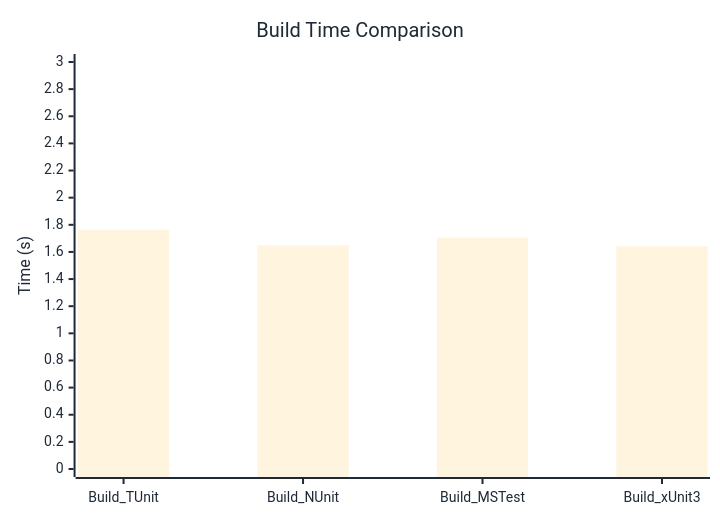
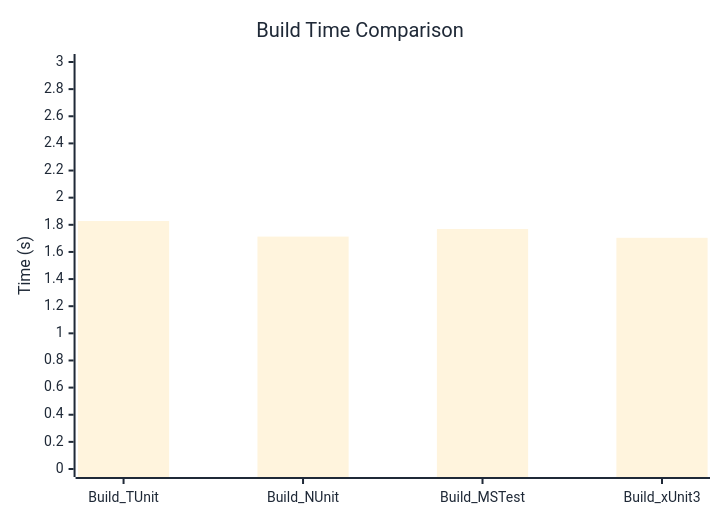
Before and after one commit to thomhurst/TUnit: the diagram in docs/docs/benchmarks/BuildTime.md, drawn with Mermaid. The commit also changed other lines of this file and 16 other files, not shown here.

````diff
--- a/docs/docs/benchmarks/BuildTime.md
+++ b/docs/docs/benchmarks/BuildTime.md
@@ -28,37 +28,37 @@
 ```mermaid
 %%{init: {
   'theme':'base',
   'themeVariables': {
     'primaryColor': '#2563eb',
     'primaryTextColor': '#1f2937',
     'primaryBorderColor': '#1e40af',
     'lineColor': '#6b7280',
     'secondaryColor': '#7c3aed',
     'tertiaryColor': '#dc2626',
     'background': '#ffffff',
     'mainBkg': '#2563eb',
     'secondBkg': '#7c3aed',
     'tertiaryBkg': '#dc2626',
     'clusterBkg': '#f3f4f6',
     'edgeLabelBackground': '#ffffff',
     'tertiaryTextColor': '#1f2937',
     'pie1': '#2563eb',
     'pie2': '#7c3aed',
     'pie3': '#dc2626',
     'pie4': '#f59e0b',
     'pie5': '#10b981',
     'pie6': '#06b6d4',
     'pie7': '#ec4899',
     'pie8': '#6366f1',
     'pie9': '#84cc16',
     'pie10': '#f97316',
     'pie11': '#14b8a6',
     'pie12': '#a855f7'
   }
 }}%%
 xychart-beta
   title "Build Time Comparison"
   x-axis ["Build_TUnit", "Build_NUnit", "Build_MSTest", "Build_xUnit3"]
   y-axis "Time (s)" 0 --> 3
-  bar [1.764, 1.649, 1.704, 1.642]
+  bar [1.828, 1.713, 1.769, 1.704]
 ```
````
